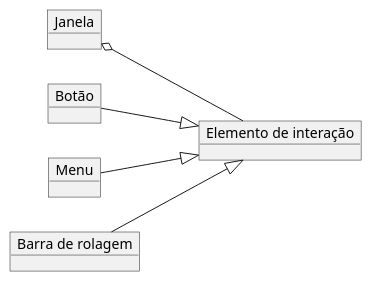
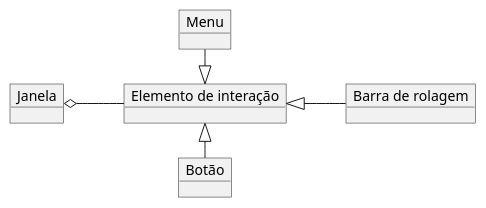
One commit to kyriosdata/oo changed the diagram in Imagens/modelos-01/imagem-10/mod01ima10.plantuml. Above: the diagram before and after it, drawn with PlantUML. The commit also changed 4 other files, not shown here.

```diff
--- a/Imagens/modelos-01/imagem-10/mod01ima10.plantuml
+++ b/Imagens/modelos-01/imagem-10/mod01ima10.plantuml
@@ -1,12 +1,13 @@
 @startuml mod01ima10
+skinparam linetype ortho
 object "Janela" as o1
 object "Elemento de interação" as o2
 object "Botão" as o3
 object "Menu" as o4
 object "Barra de rolagem" as o5
+o3 -left-|> o2
+o4 -right-|> o2
+o5 -up-|> o2
 left to right direction
-o3 --|> o2
-o4 --|> o2
-o5 --|> o2
 o1 o-- o2
 @enduml
```
